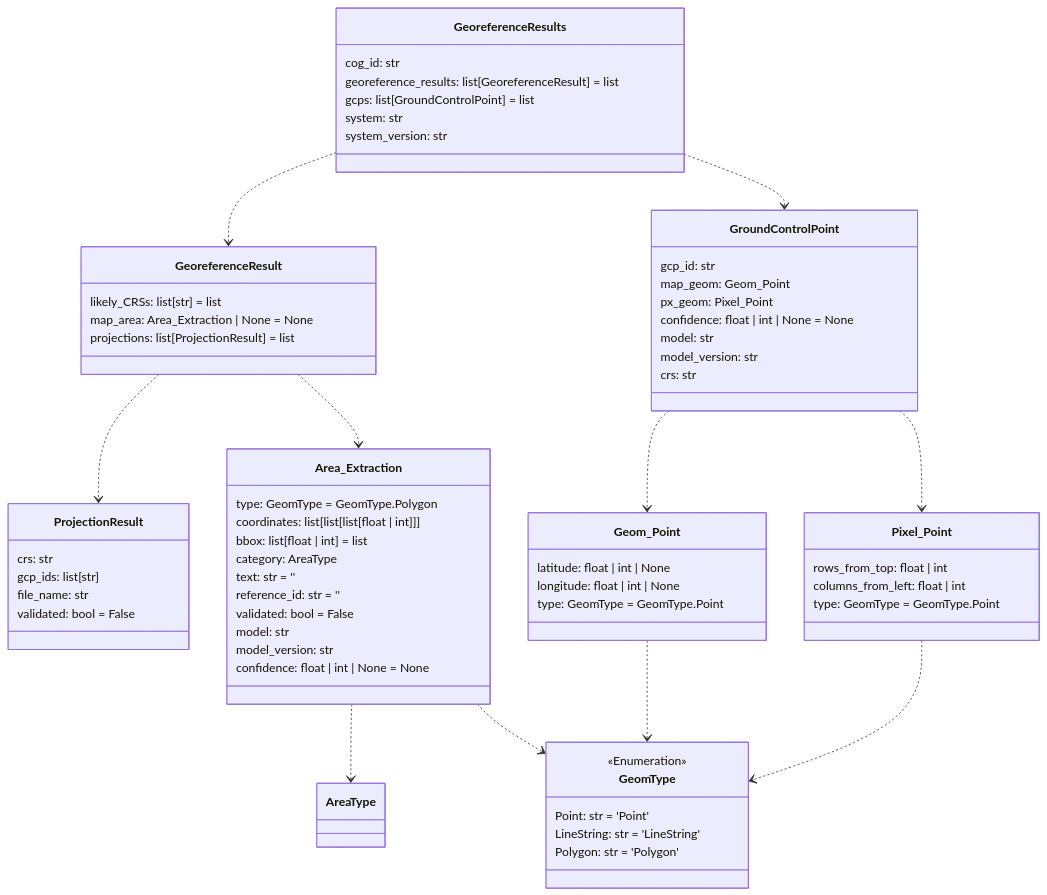
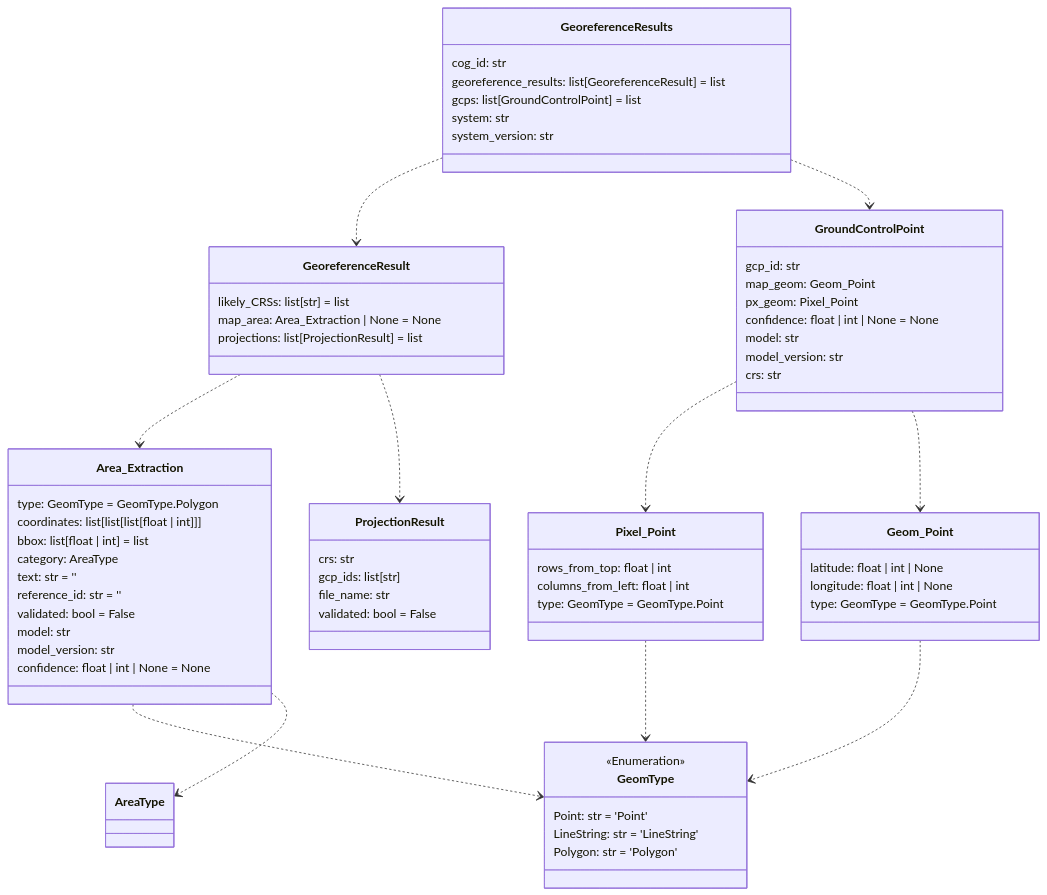
Before and after one commit to DARPA-CRITICALMAAS/cdr_schemas: the second of 14 diagrams in README.md, drawn with Mermaid. The commit also changed other lines of this file and 4 other files, not shown here.

````diff
--- a/README.md
+++ b/README.md
@@ -115,79 +117,79 @@
 ```mermaid
 classDiagram
 
-    class GroundControlPoint {
-        gcp_id: str
-        map_geom: Geom_Point
-        px_geom: Pixel_Point
-        confidence: float | int | None = None
-        model: str
-        model_version: str
-        crs: str
-    }
-
-    class ProjectionResult {
-        crs: str
-        gcp_ids: list[str]
-        file_name: str
-        validated: bool = False
+    class GeoreferenceResults {
+        cog_id: str
+        georeference_results: list[GeoreferenceResult] = list
+        gcps: list[GroundControlPoint] = list
+        system: str
+        system_version: str
     }
 
     class Geom_Point {
         latitude: float | int | None
         longitude: float | int | None
         type: GeomType = GeomType.Point
+    }
+
+    class GeoreferenceResult {
+        likely_CRSs: list[str] = list
+        map_area: Area_Extraction | None = None
+        projections: list[ProjectionResult] = list
+    }
+
+    class Pixel_Point {
+        rows_from_top: float | int
+        columns_from_left: float | int
+        type: GeomType = GeomType.Point
+    }
+
+    class GeomType {
+        <<Enumeration>>
+        Point: str = 'Point'
+        LineString: str = 'LineString'
+        Polygon: str = 'Polygon'
     }
 
     class Area_Extraction {
         type: GeomType = GeomType.Polygon
         coordinates: list[list[list[float | int]]]
         bbox: list[float | int] = list
         category: AreaType
         text: str = ''
         reference_id: str = ''
         validated: bool = False
         model: str
         model_version: str
         confidence: float | int | None = None
     }
 
-    class GeoreferenceResults {
-        cog_id: str
-        georeference_results: list[GeoreferenceResult] = list
-        gcps: list[GroundControlPoint] = list
-        system: str
-        system_version: str
+    class ProjectionResult {
+        crs: str
+        gcp_ids: list[str]
+        file_name: str
+        validated: bool = False
     }
 
-    class GeomType {
-        <<Enumeration>>
-        Point: str = 'Point'
-        LineString: str = 'LineString'
-        Polygon: str = 'Polygon'
+    class GroundControlPoint {
+        gcp_id: str
+        map_geom: Geom_Point
+        px_geom: Pixel_Point
+        confidence: float | int | None = None
+        model: str
+        model_version: str
+        crs: str
     }
 
-    class GeoreferenceResult {
-        likely_CRSs: list[str] = list
-        map_area: Area_Extraction | None = None
-        projections: list[ProjectionResult] = list
-    }
-
-    class Pixel_Point {
-        rows_from_top: float | int
-        columns_from_left: float | int
-        type: GeomType = GeomType.Point
-    }
-
+    Area_Extraction ..> GeomType
     Area_Extraction ..> AreaType
-    Area_Extraction ..> GeomType
     Geom_Point ..> GeomType
     Pixel_Point ..> GeomType
     GroundControlPoint ..> Pixel_Point
     GroundControlPoint ..> Geom_Point
+    GeoreferenceResult ..> Area_Extraction
     GeoreferenceResult ..> ProjectionResult
-    GeoreferenceResult ..> Area_Extraction
     GeoreferenceResults ..> GeoreferenceResult
     GeoreferenceResults ..> GroundControlPoint
 
 
 ```
````
